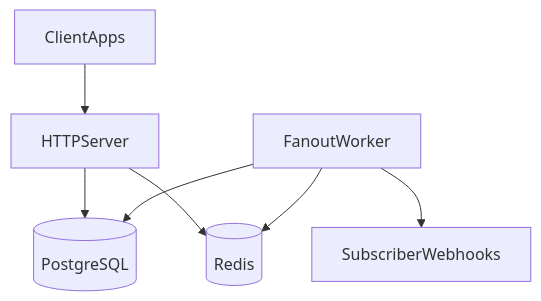
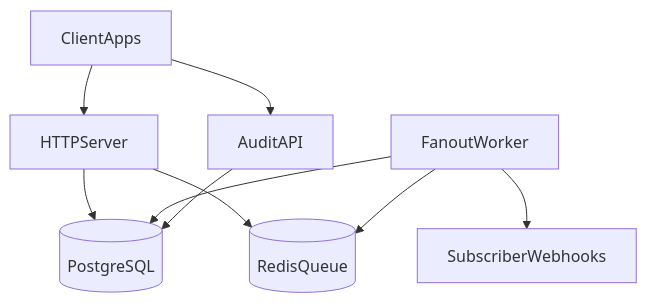
Before and after one commit to shwetaudacious/event-fanout: the first of 5 diagrams in docs/architecture.md, drawn with Mermaid. The commit also changed other lines of this file and 29 other files, not shown here.

````diff
--- a/docs/architecture.md
+++ b/docs/architecture.md
@@ -13,9 +7,11 @@
 ```mermaid
 flowchart TB
     Client[ClientApps] --> API[HTTPServer]
     API --> PG[(PostgreSQL)]
-    API --> Redis[(Redis)]
-    Worker[FanoutWorker] --> PG
-    Worker --> Redis
+    API --> Redis[(RedisQueue)]
+    Worker[FanoutWorker] --> Redis
+    Worker --> PG
     Worker --> Webhooks[SubscriberWebhooks]
+    Client --> Audit[AuditAPI]
+    Audit --> PG
 ```
````
